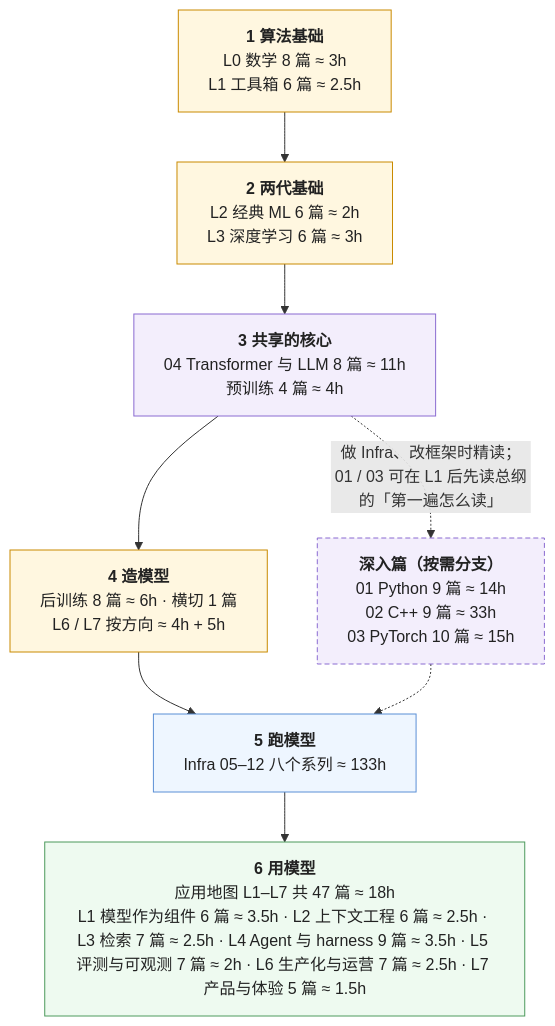
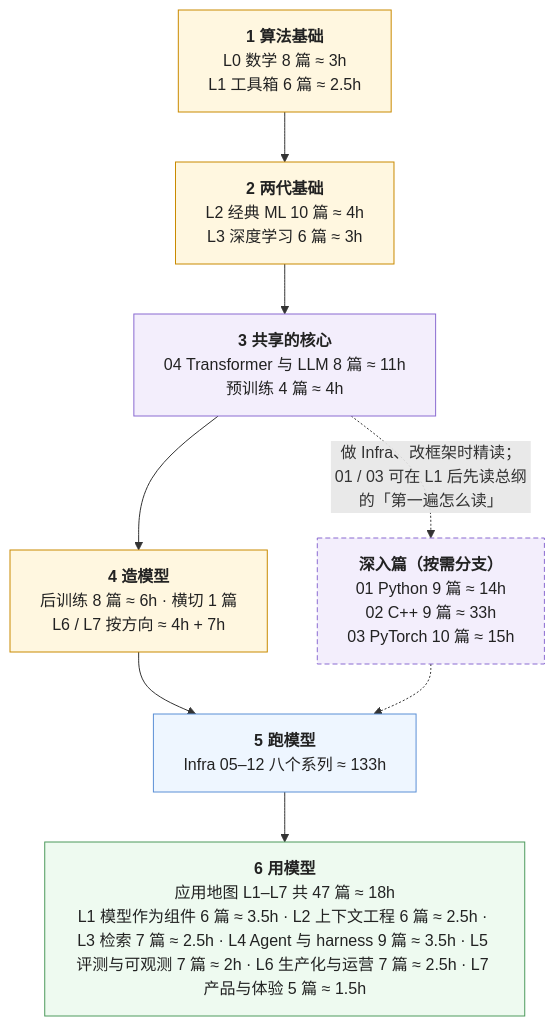
One commit to arganzheng/arganzheng.github.com changed the second of 2 diagrams in _posts/2026-01-01-ai-fullstack-learning-roadmap.md. Above: the diagram before and after it, drawn with Mermaid. The commit also changed other lines of this file and 3 other files, not shown here.

First line of the commit message:
四张地图：按外部评审修跨图边界（MAP01–06）

````diff
--- a/_posts/2026-01-01-ai-fullstack-learning-roadmap.md
+++ b/_posts/2026-01-01-ai-fullstack-learning-roadmap.md
@@ -135,39 +135,39 @@
 ```mermaid
 %%{init: {"flowchart": {"wrappingWidth": 420}}}%%
 flowchart TB
     S1["`**1 算法基础**
 L0 数学 8 篇 ≈ 3h
 L1 工具箱 6 篇 ≈ 2.5h`"]
     S2["`**深入篇（按需分支）**
 01 Python 9 篇 ≈ 14h
 02 C++ 9 篇 ≈ 33h
 03 PyTorch 10 篇 ≈ 15h`"]
     S3["`**2 两代基础**
-L2 经典 ML 6 篇 ≈ 2h
+L2 经典 ML 10 篇 ≈ 4h
 L3 深度学习 6 篇 ≈ 3h`"]
     S4["`**3 共享的核心**
 04 Transformer 与 LLM 8 篇 ≈ 11h
 预训练 4 篇 ≈ 4h`"]
     S5["`**4 造模型**
 后训练 8 篇 ≈ 6h · 横切 1 篇
-L6 / L7 按方向 ≈ 4h + 5h`"]
+L6 / L7 按方向 ≈ 4h + 7h`"]
     S6["`**5 跑模型**
 Infra 05–12 八个系列 ≈ 133h`"]
     S7["`**6 用模型**
 应用地图 L1–L7 共 47 篇 ≈ 18h
 L1 模型作为组件 6 篇 ≈ 3.5h · L2 上下文工程 6 篇 ≈ 2.5h · L3 检索 7 篇 ≈ 2.5h · L4 Agent 与 harness 9 篇 ≈ 3.5h · L5 评测与可观测 7 篇 ≈ 2h · L6 生产化与运营 7 篇 ≈ 2.5h · L7 产品与体验 5 篇 ≈ 1.5h`"]
     S1 --> S3 --> S4 --> S5 --> S6 --> S7
     S4 -. "做 Infra、改框架时精读；\n01 / 03 可在 L1 后先读总纲的「第一遍怎么读」" .-> S2
     S2 -.-> S6
 
     classDef algo fill:#fff7e0,stroke:#c98a00,stroke-width:1px,color:#222
     classDef infra fill:#eef6ff,stroke:#5b8fd6,stroke-width:1px,color:#222
     classDef app fill:#eefaf0,stroke:#4d9a5c,stroke-width:1px,color:#222
     classDef shared fill:#f3eefc,stroke:#8a6bd1,stroke-width:1px,color:#222
     classDef deep fill:#f3eefc,stroke:#8a6bd1,stroke-width:1px,color:#222,stroke-dasharray:5 3
     class S1,S3,S5 algo
     class S2 deep
     class S4 shared
     class S6 infra
     class S7 app
 ```
````
